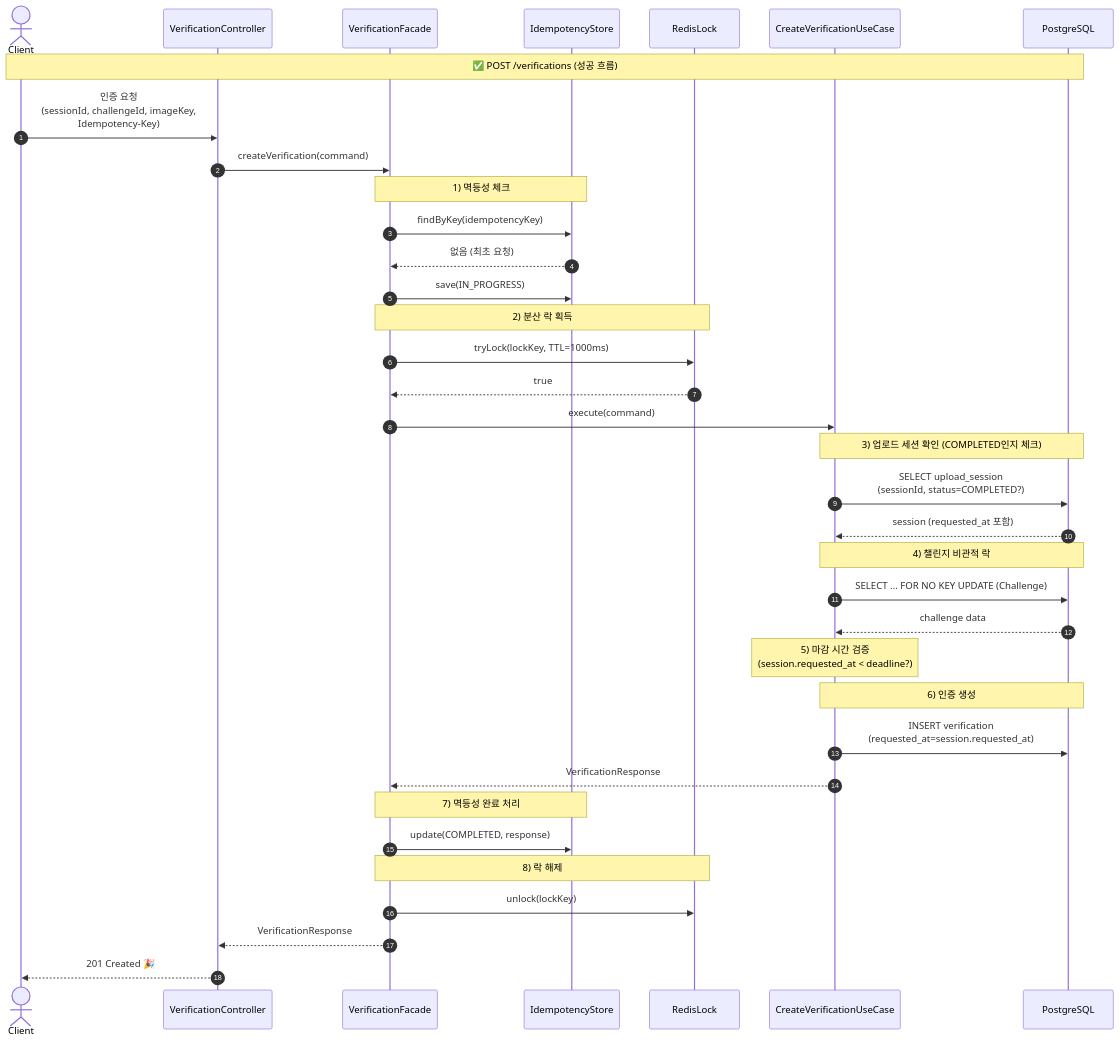
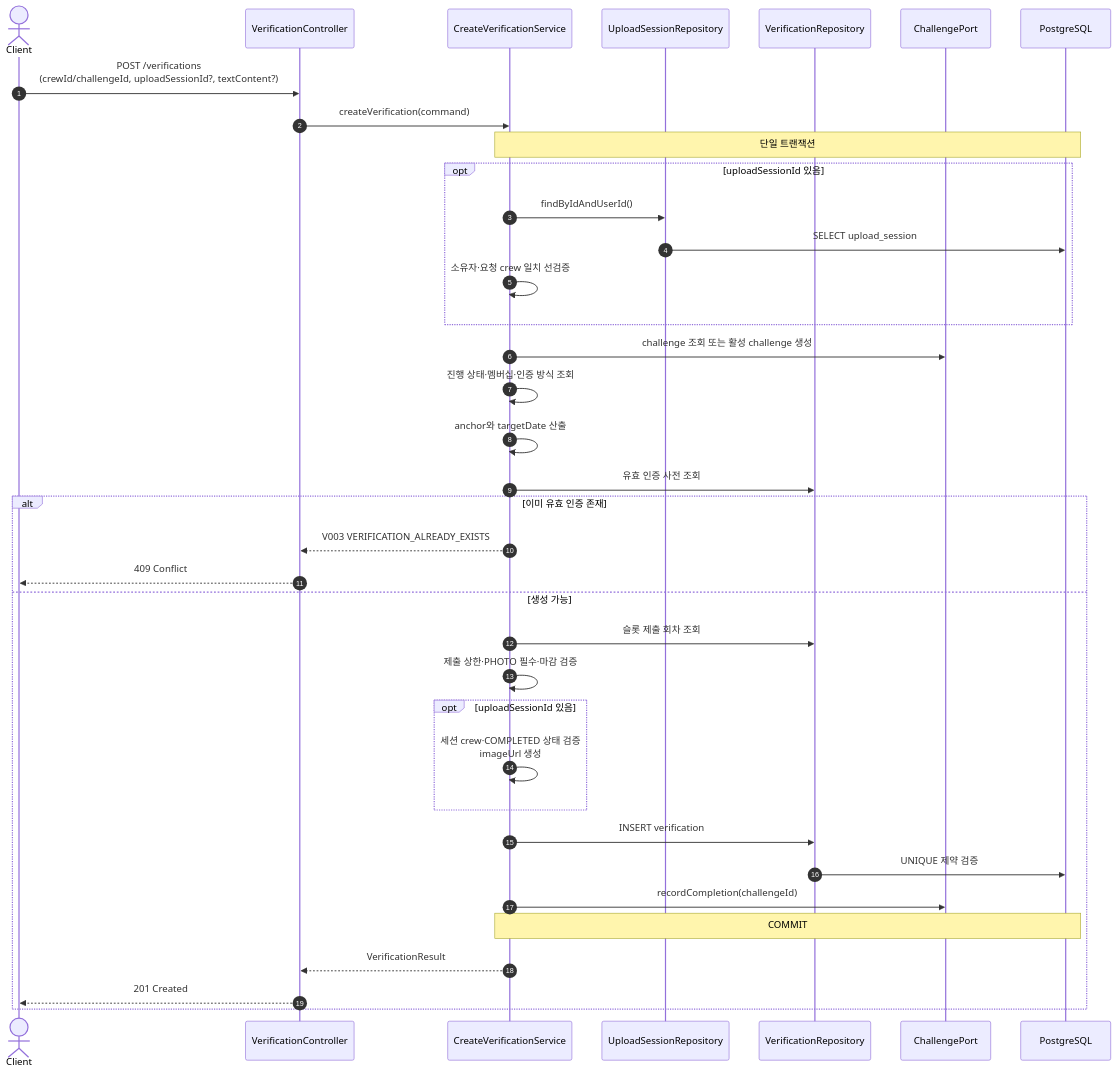
Before and after one commit to JianYang98/TriAgain: the fourth of 4 diagrams in docs/spec/sequence/verification.md, drawn with Mermaid. The commit also changed other lines of this file and 18 other files, not shown here.

````diff
--- a/docs/spec/sequence/verification.md
+++ b/docs/spec/sequence/verification.md
@@ -84,50 +99,43 @@
 ```mermaid
 sequenceDiagram
     autonumber
-    actor Client as Client
+    actor Client
     participant Controller as VerificationController
-    participant Facade as VerificationFacade
-    participant IdemStore as IdempotencyStore
-    participant Lock as RedisLock
-    participant UseCase as CreateVerificationUseCase
+    participant Service as CreateVerificationService
+    participant SessionRepo as UploadSessionRepository
+    participant VerificationRepo as VerificationRepository
+    participant Challenge as ChallengePort
     participant DB as PostgreSQL
 
-    Note over Client,DB: ✅ POST /verifications (성공 흐름)
+    Client->>Controller: POST /verifications<br/>(crewId/challengeId, uploadSessionId?, textContent?)
+    Controller->>Service: createVerification(command)
+    Note over Service,DB: 단일 트랜잭션
 
-    Client->>Controller: 인증 요청<br/>(sessionId, challengeId, imageKey,<br/>Idempotency-Key)
-    Controller->>Facade: createVerification(command)
+    opt uploadSessionId 있음
+        Service->>SessionRepo: findByIdAndUserId()
+        SessionRepo->>DB: SELECT upload_session
+        Service->>Service: 소유자·요청 crew 일치 선검증
+    end
 
-    Note over Facade,IdemStore: 1) 멱등성 체크
-    Facade->>IdemStore: findByKey(idempotencyKey)
-    IdemStore-->>Facade: 없음 (최초 요청)
-    Facade->>IdemStore: save(IN_PROGRESS)
+    Service->>Challenge: challenge 조회 또는 활성 challenge 생성
+    Service->>Service: 진행 상태·멤버십·인증 방식 조회
+    Service->>Service: anchor와 targetDate 산출
+    Service->>VerificationRepo: 유효 인증 사전 조회
 
-    Note over Facade,Lock: 2) 분산 락 획득
-    Facade->>Lock: tryLock(lockKey, TTL=1000ms)
-    Lock-->>Facade: true
-
-    Facade->>UseCase: execute(command)
-
-    Note over UseCase,DB: 3) 업로드 세션 확인 (COMPLETED인지 체크)
-    UseCase->>DB: SELECT upload_session<br/>(sessionId, status=COMPLETED?)
-    DB-->>UseCase: session (requested_at 포함)
-
-    Note over UseCase,DB: 4) 챌린지 비관적 락
-    UseCase->>DB: SELECT ... FOR NO KEY UPDATE (Challenge)
-    DB-->>UseCase: challenge data
-
-    Note over UseCase: 5) 마감 시간 검증<br/>(session.requested_at < deadline?)
-
-    Note over UseCase,DB: 6) 인증 생성
-    UseCase->>DB: INSERT verification<br/>(requested_at=session.requested_at)
-    UseCase-->>Facade: VerificationResponse
-
-    Note over Facade,IdemStore: 7) 멱등성 완료 처리
-    Facade->>IdemStore: update(COMPLETED, response)
-
-    Note over Facade,Lock: 8) 락 해제
-    Facade->>Lock: unlock(lockKey)
-
-    Facade-->>Controller: VerificationResponse
-    Controller-->>Client: 201 Created 🎉
+    alt 이미 유효 인증 존재
+        Service-->>Controller: V003 VERIFICATION_ALREADY_EXISTS
+        Controller-->>Client: 409 Conflict
+    else 생성 가능
+        Service->>VerificationRepo: 슬롯 제출 회차 조회
+        Service->>Service: 제출 상한·PHOTO 필수·마감 검증
+        opt uploadSessionId 있음
+            Service->>Service: 세션 crew·COMPLETED 상태 검증<br/>imageUrl 생성
+        end
+        Service->>VerificationRepo: INSERT verification
+        VerificationRepo->>DB: UNIQUE 제약 검증
+        Service->>Challenge: recordCompletion(challengeId)
+        Note over Service,DB: COMMIT
+        Service-->>Controller: VerificationResult
+        Controller-->>Client: 201 Created
+    end
 ```
````
